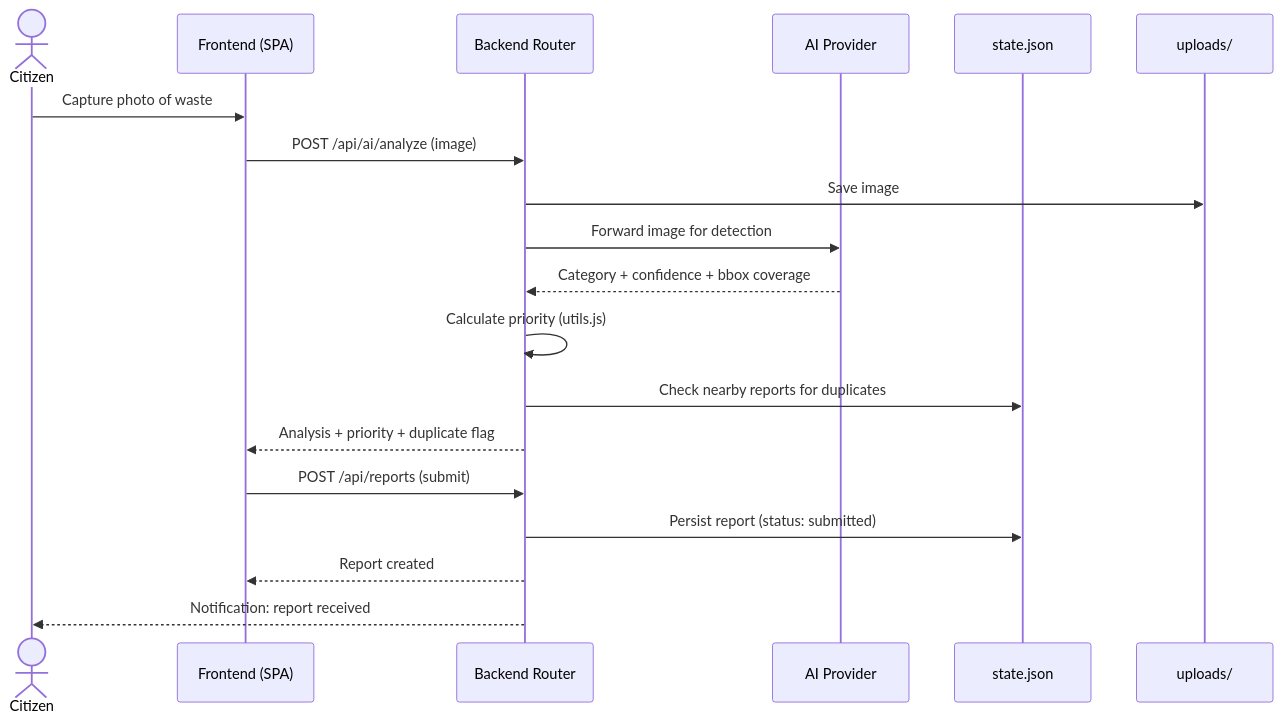
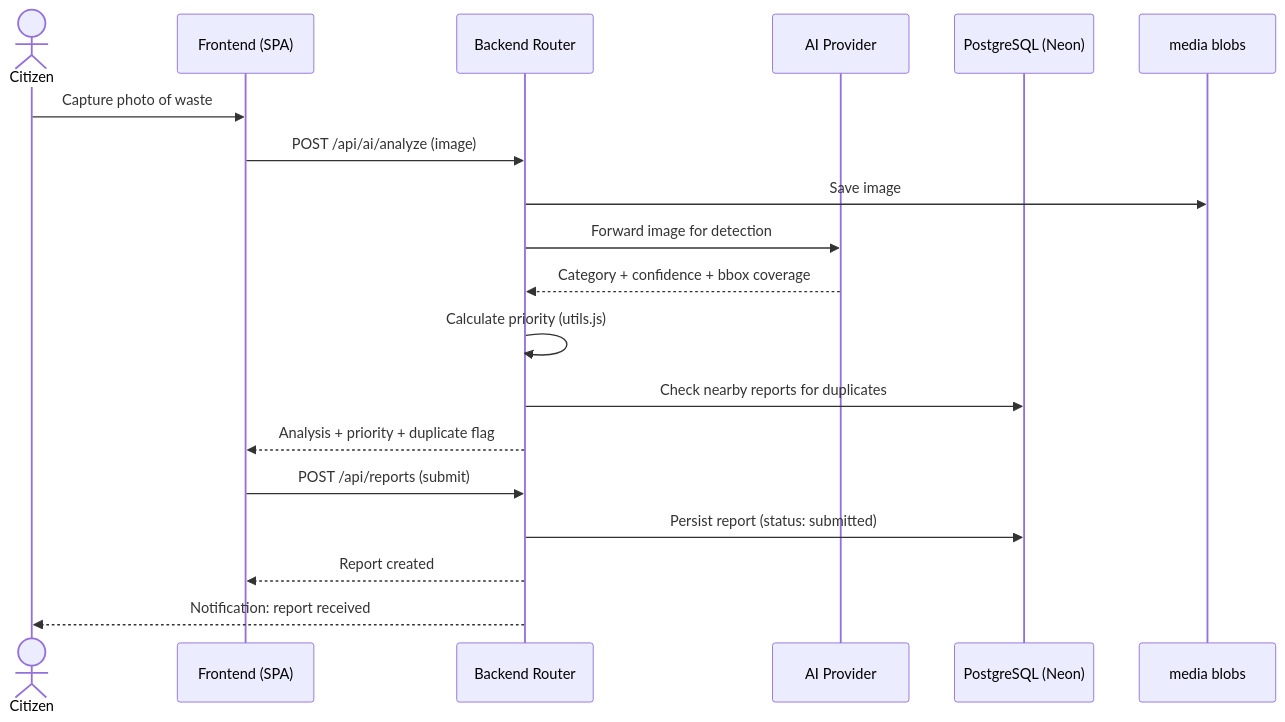
One commit to Shubham809380/Smart_Coders_Gandhi-institute-of-excellent-technocrats_-SWACHHLENS changed the second of 5 diagrams in README.md. Above: the diagram before and after it, drawn with Mermaid. The commit also changed other lines of this file, not shown here.

````diff
--- a/README.md
+++ b/README.md
@@ -142,22 +135,22 @@
 ```mermaid
 sequenceDiagram
     actor Citizen
     participant FE as Frontend (SPA)
     participant API as Backend Router
     participant AI as AI Provider
-    participant DB as state.json
-    participant FS as uploads/
+    participant DB as PostgreSQL (Neon)
+    participant FS as media blobs
 
     Citizen->>FE: Capture photo of waste
     FE->>API: POST /api/ai/analyze (image)
     API->>FS: Save image
     API->>AI: Forward image for detection
     AI-->>API: Category + confidence + bbox coverage
     API->>API: Calculate priority (utils.js)
     API->>DB: Check nearby reports for duplicates
     API-->>FE: Analysis + priority + duplicate flag
     FE->>API: POST /api/reports (submit)
     API->>DB: Persist report (status: submitted)
     API-->>FE: Report created
     API-->>Citizen: Notification: report received
 ```
````
